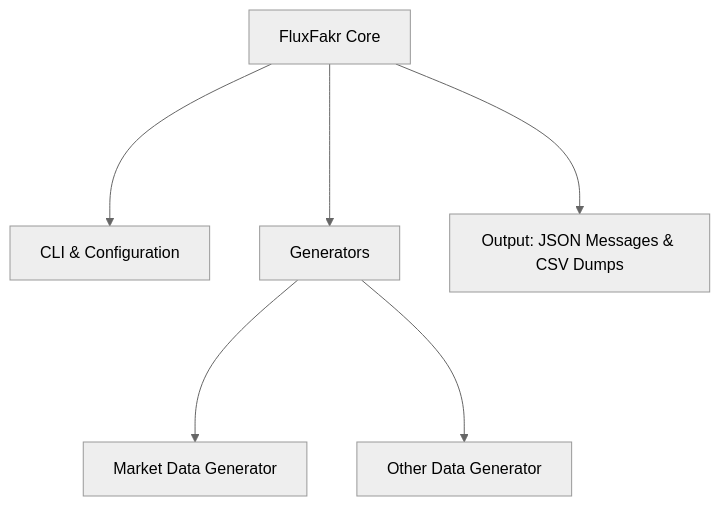
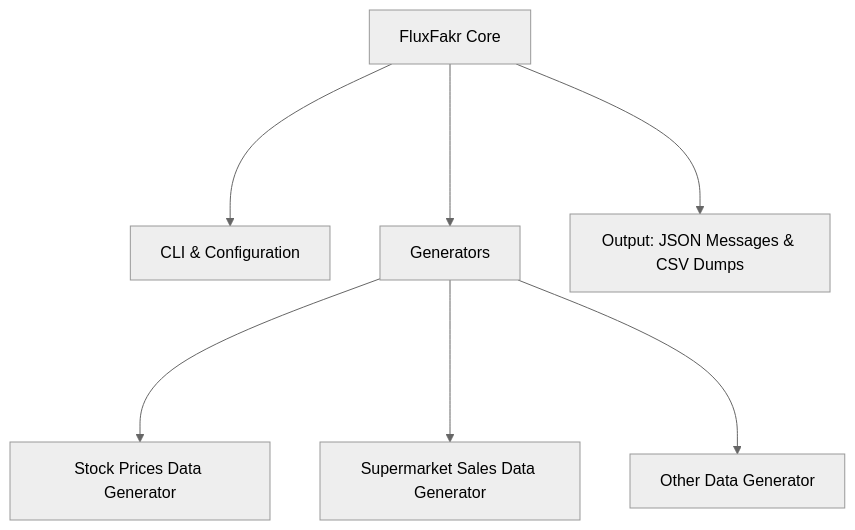
Before and after one commit to neural-chilli/fluxfakr: the diagram in docs/core-concepts-and-architecture.qmd, drawn with Mermaid. The commit also changed 7 other files, not shown here.

Commit message:
Adding supermarket sales generator

````diff
--- a/docs/core-concepts-and-architecture.qmd
+++ b/docs/core-concepts-and-architecture.qmd
@@ -26,9 +26,10 @@
 ```{mermaid}
 %%{init: {'theme': 'neutral', 'themeCSS': '.node rect { rx: 10; ry: 10; }',"flowchart": {"rankSpacing": 150}}}%%
 flowchart TD
     A[FluxFakr Core] --> B[CLI & Configuration]
     A --> C[Generators]
-    C --> D[Market Data Generator]
+    C --> D[Stock Prices Data Generator]
+    C --> E[Supermarket Sales Data Generator]
     C --> F[Other Data Generator]
     A --> G[Output: JSON Messages & CSV Dumps]
 ```
````
